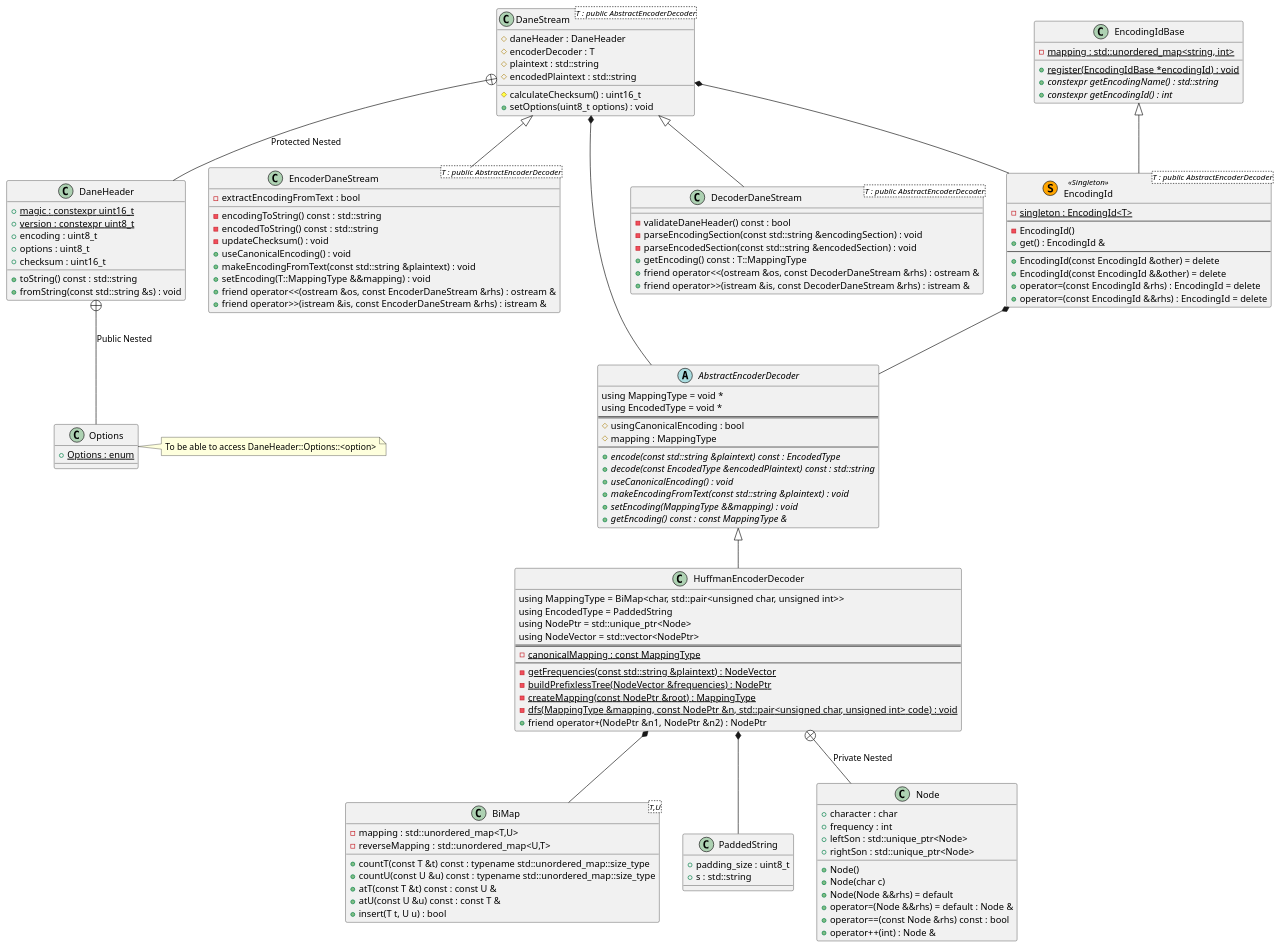
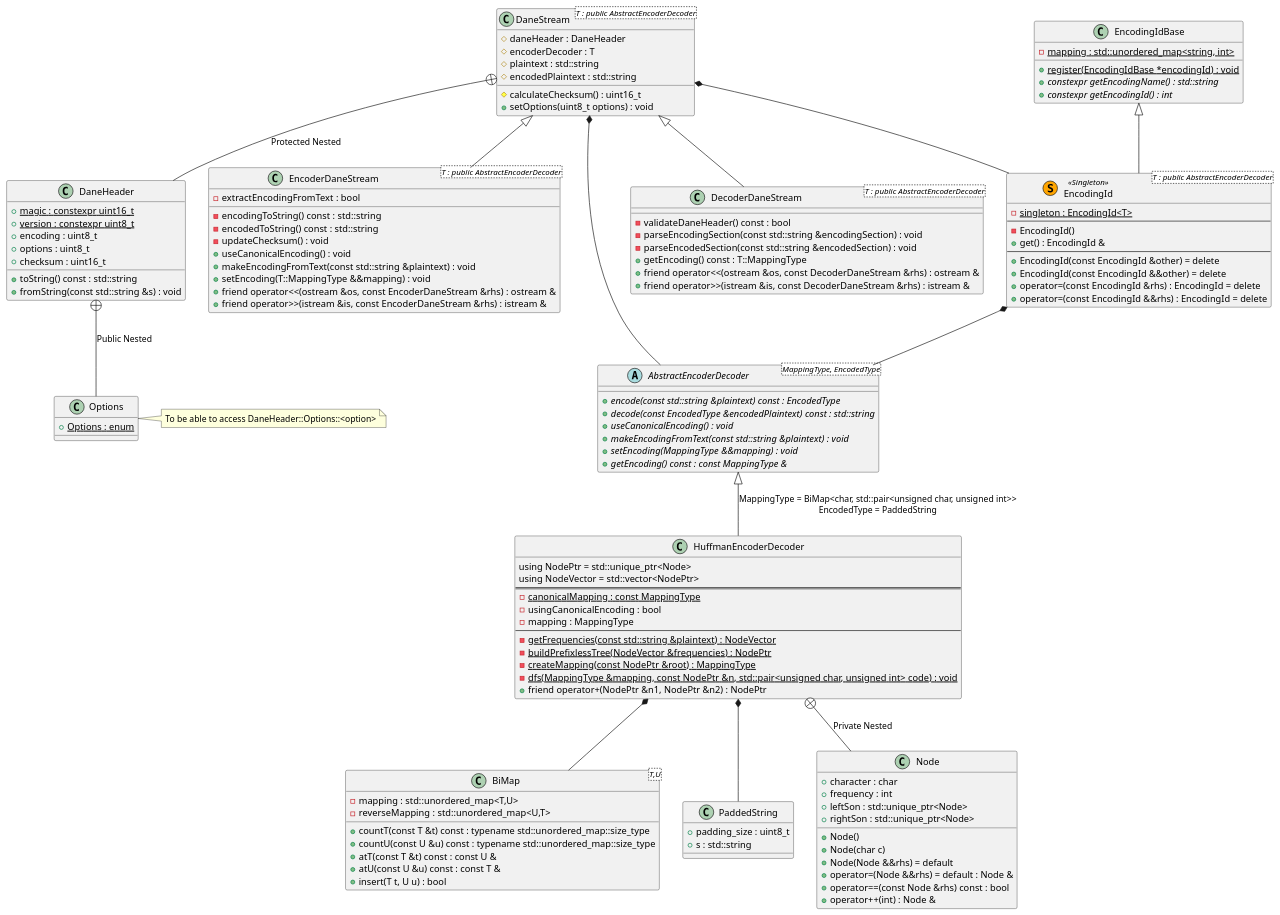
One commit to dan1994/cpp--dane changed the diagram in docs/design.puml. Above: the diagram before and after it, drawn with PlantUML. The commit also changed 2 other files, not shown here.

Commit message:
Redesigned AbstractEncoderDecoder to be a template class, such that HuffmanEncoderDecoder inherits its specialization. Also made it an interface class (no members)

```diff
--- a/docs/design.puml
+++ b/docs/design.puml
@@ -1,137 +1,133 @@
 @startuml dane
 class BiMap<T,U> {
 	- {field}	mapping : std::unordered_map<T,U>
 	- {field}	reverseMapping : std::unordered_map<U,T>
 	+ {method}	countT(const T &t) const : typename std::unordered_map::size_type
 	+ {method}	countU(const U &u) const : typename std::unordered_map::size_type
 	+ {method}	atT(const T &t) const : const U &
 	+ {method}	atU(const U &u) const : const T &
 	+ {method}	insert(T t, U u) : bool
 }
 
 class PaddedString {
 	+ {field}	padding_size : uint8_t
 	+ {field}	s : std::string
 }
 
-abstract class AbstractEncoderDecoder {
-	using MappingType = void *
-	using EncodedType = void *
-	==
-	# {field}	usingCanonicalEncoding : bool
-	# {field}	mapping : MappingType
-	--
+abstract class AbstractEncoderDecoder<MappingType, EncodedType> {
 	+ {method}	{abstract} encode(const std::string &plaintext) const : EncodedType
 	+ {method}	{abstract} decode(const EncodedType &encodedPlaintext) const : std::string
 	+ {method}	{abstract} useCanonicalEncoding() : void
 	+ {method}	{abstract} makeEncodingFromText(const std::string &plaintext) : void
 	+ {method}	{abstract} setEncoding(MappingType &&mapping) : void
 	+ {method}	{abstract} getEncoding() const : const MappingType &
 }
 
-AbstractEncoderDecoder <|-- HuffmanEncoderDecoder
+AbstractEncoderDecoder <|-- HuffmanEncoderDecoder : \
+MappingType = BiMap<char, std::pair<unsigned char, unsigned int>>\n\
+EncodedType = PaddedString
 HuffmanEncoderDecoder *-- BiMap
 HuffmanEncoderDecoder *-- PaddedString
 HuffmanEncoderDecoder +-- Node : "Private Nested"
 class HuffmanEncoderDecoder {
-	using MappingType = BiMap<char, std::pair<unsigned char, unsigned int>>
-	using EncodedType = PaddedString
 	using NodePtr = std::unique_ptr<Node>
 	using NodeVector = std::vector<NodePtr>
 	==
 	- {field}	{static} canonicalMapping : const MappingType
+	- {field}	usingCanonicalEncoding : bool
+	- {field}	mapping : MappingType
 	--
 	- {method}	{static} getFrequencies(const std::string &plaintext) : NodeVector
 	- {method}	{static} buildPrefixlessTree(NodeVector &frequencies) : NodePtr
 	- {method}	{static} createMapping(const NodePtr &root) : MappingType
 	- {method}	{static} dfs(MappingType &mapping, const NodePtr &n, \
 std::pair<unsigned char, unsigned int> code) : void
 	+ {method}	friend operator+(NodePtr &n1, NodePtr &n2) : NodePtr
 }
 
 class Node {
 	+ {field}	character : char
 	+ {field}	frequency : int
 	+ {field}	leftSon : std::unique_ptr<Node>
 	+ {field}	rightSon : std::unique_ptr<Node>
 	+ {method}	Node()
 	+ {method}	Node(char c)
 	+ {method}	Node(Node &&rhs) = default
 	+ {method}	operator=(Node &&rhs) = default : Node &
 	+ {method}	operator==(const Node &rhs) const : bool
 	+ {method}	operator++(int) : Node &
 }
 
 DaneStream +-- DaneHeader : Protected Nested
 class DaneHeader {
 	+ {field}	{static} magic : constexpr uint16_t
 	+ {field}	{static} version : constexpr uint8_t
 	+ {field}	encoding : uint8_t
 	+ {field}	options : uint8_t
 	+ {field}	checksum : uint16_t
 	+ {method}	toString() const : std::string
 	+ {method}	fromString(const std::string &s) : void
 }
 
 DaneHeader +-- Options : Public Nested
 note right of Options : To be able to access DaneHeader::Options::<option>
 class Options {
 	+ {field}	{static} Options : enum
 }
 
 DaneStream *-- AbstractEncoderDecoder
 DaneStream *-- EncodingId
 class DaneStream<T : public AbstractEncoderDecoder> {
 	# {field}	daneHeader : DaneHeader
 	# {field}	encoderDecoder : T
 	# {field}	plaintext : std::string
 	# {field}	encodedPlaintext : std::string
 	# {method}	calculateChecksum() : uint16_t
 	+ {method}	setOptions(uint8_t options) : void
 }
 
 DaneStream <|-- EncoderDaneStream
 class EncoderDaneStream<T : public AbstractEncoderDecoder> {
 	- {field}	extractEncodingFromText : bool
 	- {method}	encodingToString() const : std::string
 	- {method}	encodedToString() const : std::string
 	- {method}	updateChecksum() : void
 	+ {method}	useCanonicalEncoding() : void
 	+ {method}	makeEncodingFromText(const std::string &plaintext) : void
 	+ {method}	setEncoding(T::MappingType &&mapping) : void
 	+ {method}	friend operator<<(ostream &os, const EncoderDaneStream &rhs) : ostream &
 	+ {method}	friend operator>>(istream &is, const EncoderDaneStream &rhs) : istream &
 }
 
 DaneStream <|-- DecoderDaneStream
 class DecoderDaneStream<T : public AbstractEncoderDecoder> {
 	- {method}	validateDaneHeader() const : bool
 	- {method}	parseEncodingSection(const std::string &encodingSection) : void
 	- {method}	parseEncodedSection(const std::string &encodedSection) : void
 	+ {method}	getEncoding() const : T::MappingType
 	+ {method}	friend operator<<(ostream &os, const DecoderDaneStream &rhs) : ostream &
 	+ {method}	friend operator>>(istream &is, const DecoderDaneStream &rhs) : istream &
 }
 
 class EncodingIdBase {
 	- {field}	{static} mapping : std::unordered_map<string, int>
 	+ {method}	{static} register(EncodingIdBase *encodingId) : void
 	+ {method}	{abstract} constexpr getEncodingName() : std::string
 	+ {method}	{abstract} constexpr getEncodingId() : int
 }
 
 EncodingIdBase <|-- EncodingId
 EncodingId *-- AbstractEncoderDecoder
 class EncodingId<T : public AbstractEncoderDecoder> << (S,Orange) Singleton >> {
 	- {field}	{static} singleton : EncodingId<T>
 	--
 	- {method}	EncodingId()
 	+ {method}	get() : EncodingId &
 	--
 	+ {method}	EncodingId(const EncodingId &other) = delete
 	+ {method}	EncodingId(const EncodingId &&other) = delete
 	+ {method}	operator=(const EncodingId &rhs) : EncodingId = delete
 	+ {method}	operator=(const EncodingId &&rhs) : EncodingId = delete
 }
 
 @enduml
```
